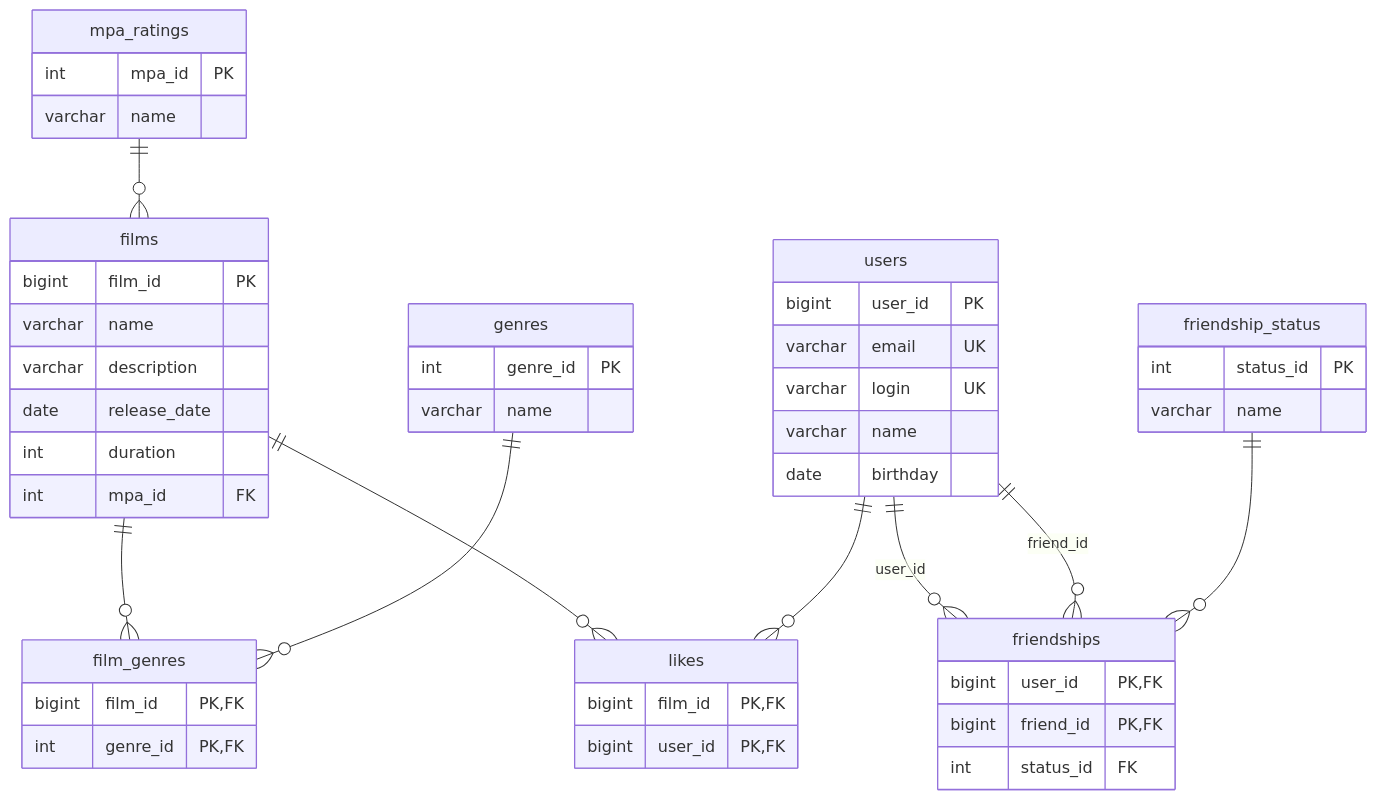
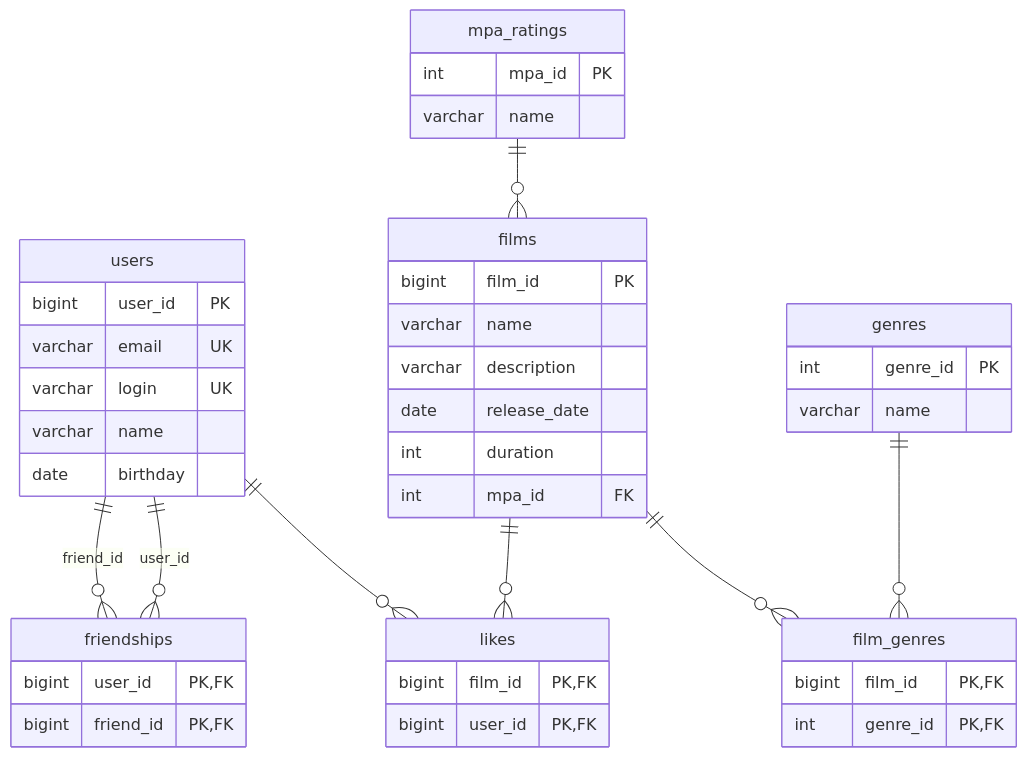
One commit to Meir006/java-filmorate changed the diagram in README.md. Above: the diagram before and after it, drawn with Mermaid. The commit also changed other lines of this file and 9 other files, not shown here.

Commit message:
Правки по ревью: убраны лишние имена бинов, SQL вынесены в константы, оптимизирована проверка жанров, убран избыточный friendship_status

````diff
--- a/README.md
+++ b/README.md
@@ -16,59 +16,52 @@
 ```mermaid
 erDiagram
     users {
         bigint user_id PK
         varchar email UK
         varchar login UK
         varchar name
         date birthday
     }
 
     mpa_ratings {
         int mpa_id PK
         varchar name
     }
 
     films {
         bigint film_id PK
         varchar name
         varchar description
         date release_date
         int duration
         int mpa_id FK
     }
 
     genres {
         int genre_id PK
         varchar name
     }
 
     film_genres {
         bigint film_id PK,FK
         int genre_id PK,FK
     }
 
     likes {
         bigint film_id PK,FK
         bigint user_id PK,FK
     }
 
-    friendship_status {
-        int status_id PK
-        varchar name
-    }
-
     friendships {
         bigint user_id PK,FK
         bigint friend_id PK,FK
-        int status_id FK
     }
 
     films ||--o{ film_genres : ""
     genres ||--o{ film_genres : ""
     mpa_ratings ||--o{ films : ""
     films ||--o{ likes : ""
     users ||--o{ likes : ""
     users ||--o{ friendships : "user_id"
     users ||--o{ friendships : "friend_id"
-    friendship_status ||--o{ friendships : ""
 ```
````
